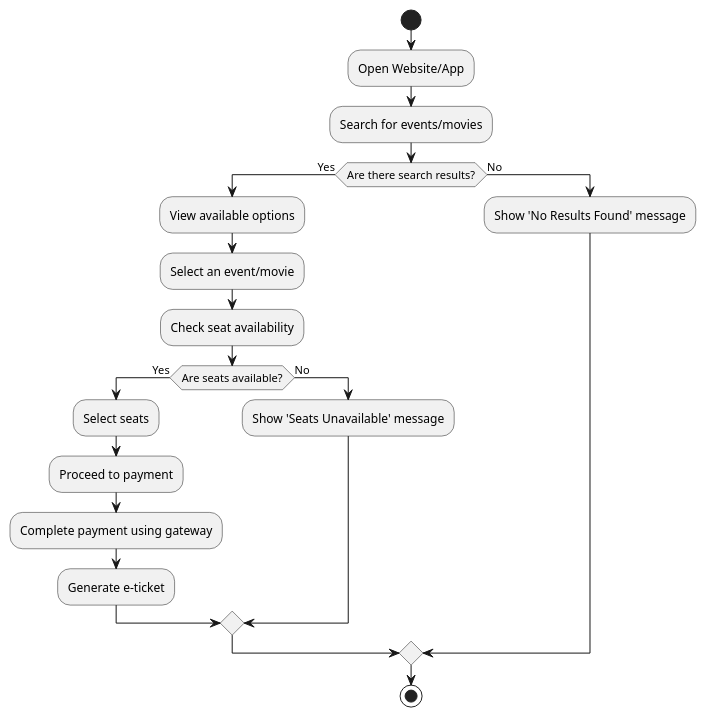
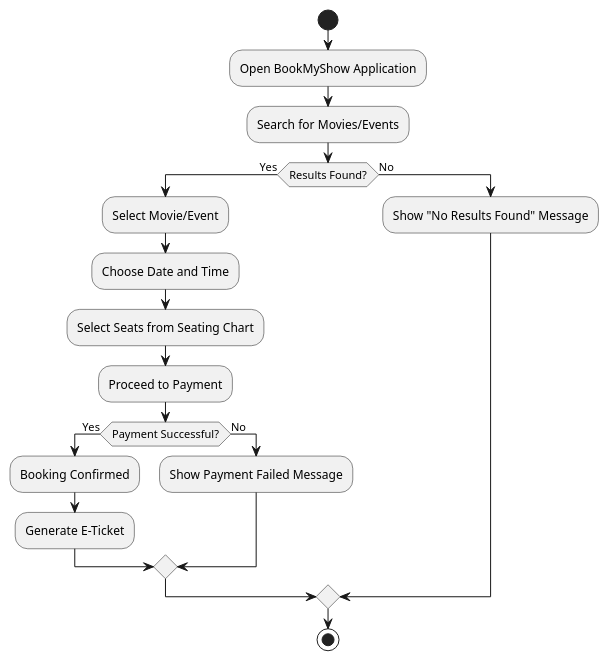
One commit to IIITLucknowSWEngg/CSITTeam012 changed the third of 4 diagrams in Assignment 02/Design.md. Above: the diagram before and after it, drawn with PlantUML. The commit also changed other lines of this file, not shown here.

````diff
--- a/Assignment 02/Design.md
+++ b/Assignment 02/Design.md
@@ -147,24 +230,22 @@
 ```plantuml
 @startuml
 start
-:Open Website/App;
-:Search for events/movies;
-if (Are there search results?) then (Yes)
-    :View available options;
-    :Select an event/movie;
-    :Check seat availability;
-    if (Are seats available?) then (Yes)
-        :Select seats;
-        :Proceed to payment;
-        :Complete payment using gateway;
-        :Generate e-ticket;
-    else (No)
-        :Show 'Seats Unavailable' message;
-    endif
+:Open BookMyShow Application;
+:Search for Movies/Events;
+if (Results Found?) then (Yes)
+  :Select Movie/Event;
+  :Choose Date and Time;
+  :Select Seats from Seating Chart;
+  :Proceed to Payment;
+  if (Payment Successful?) then (Yes)
+    :Booking Confirmed;
+    :Generate E-Ticket;
+  else (No)
+    :Show Payment Failed Message;
+  endif
 else (No)
-    :Show 'No Results Found' message;
+  :Show "No Results Found" Message;
 endif
 stop
 @enduml
-
 ```
````
